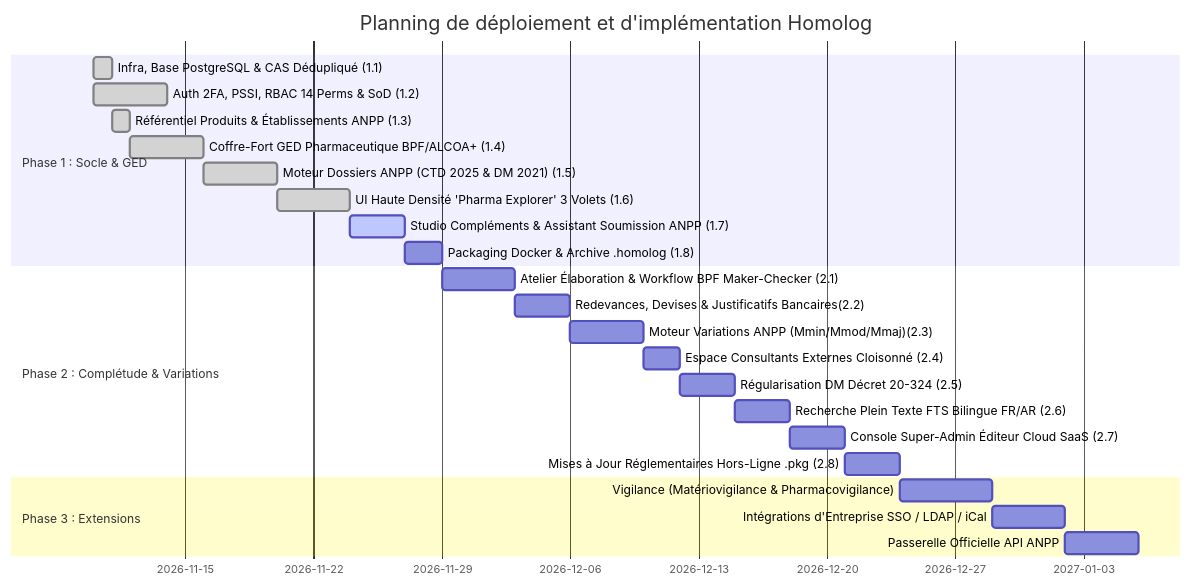
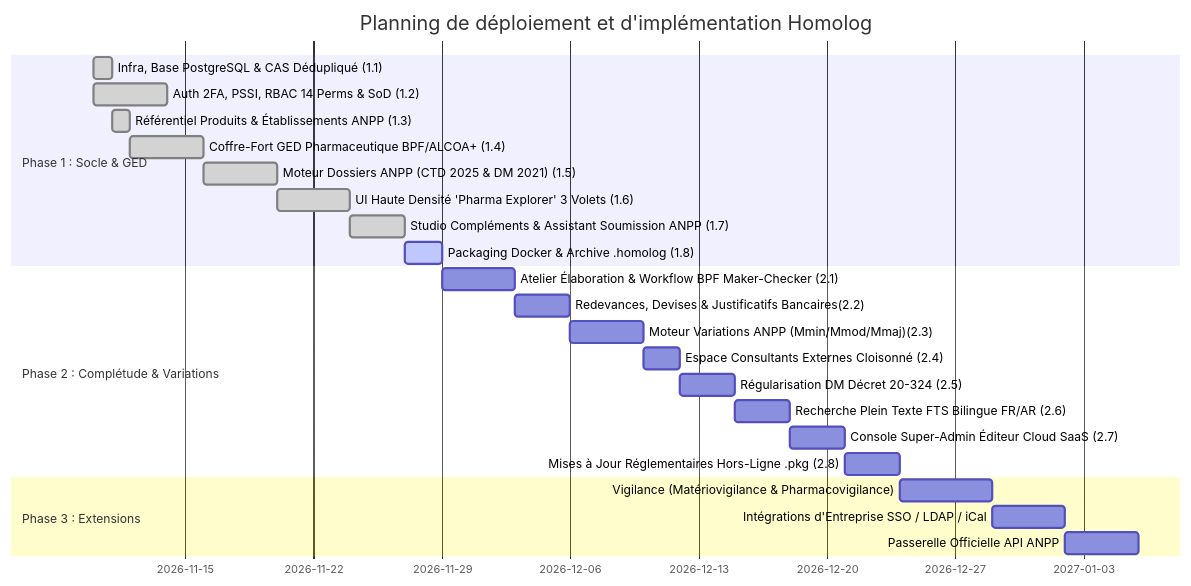
One commit to aassr1965/homolog changed the diagram in docs/roadmap.md. Above: the diagram before and after it, drawn with Mermaid. The commit also changed other lines of this file and 1 other file, not shown here.

Commit message:
docs(roadmap): validation et achèvement officiel du Jalon 1.7 (Studio Compléments, E-Services & Veille)

````diff
--- a/docs/roadmap.md
+++ b/docs/roadmap.md
@@ -18,27 +18,27 @@
 ```mermaid
 gantt
     title Planning de déploiement et d'implémentation Homolog
     dateFormat  YYYY-MM-DD
     section Phase 1 : Socle & GED
     Infra, Base PostgreSQL & CAS Dédupliqué (1.1)    :done, p1_1, 2026-11-10, 1d
     Auth 2FA, PSSI, RBAC 14 Perms & SoD (1.2)        :done, p1_2, 2026-11-10, 4d
     Référentiel Produits & Établissements ANPP (1.3) :done, p1_3, 2026-11-11, 1d
     Coffre-Fort GED Pharmaceutique BPF/ALCOA+ (1.4)  :done, p1_4, after p1_3, 4d
     Moteur Dossiers ANPP (CTD 2025 & DM 2021) (1.5)  :done, p1_5, after p1_4, 4d
     UI Haute Densité 'Pharma Explorer' 3 Volets (1.6):done, p1_6, after p1_5, 4d
-    Studio Compléments & Assistant Soumission ANPP (1.7) :active, p1_7, after p1_6, 3d
-    Packaging Docker & Archive .homolog (1.8)        :p1_8, after p1_7, 2d
+    Studio Compléments & Assistant Soumission ANPP (1.7) :done, p1_7, after p1_6, 3d
+    Packaging Docker & Archive .homolog (1.8)        :active, p1_8, after p1_7, 2d
     section Phase 2 : Complétude & Variations
     Atelier Élaboration & Workflow BPF Maker-Checker (2.1):p2_1, after p1_8, 4d
     Redevances, Devises & Justificatifs Bancaires(2.2):p2_2, after p2_1, 3d
     Moteur Variations ANPP (Mmin/Mmod/Mmaj)(2.3)     :p2_3, after p2_2, 4d
     Espace Consultants Externes Cloisonné (2.4)      :p2_4, after p2_3, 2d
     Régularisation DM Décret 20-324 (2.5)            :p2_5, after p2_4, 3d
     Recherche Plein Texte FTS Bilingue FR/AR (2.6)   :p2_6, after p2_5, 3d
     Console Super-Admin Éditeur Cloud SaaS (2.7)     :p2_7, after p2_6, 3d
     Mises à Jour Réglementaires Hors-Ligne .pkg (2.8):p2_8, after p2_7, 3d
     section Phase 3 : Extensions
     Vigilance (Matériovigilance & Pharmacovigilance) :p3_1, after p2_8, 5d
     Intégrations d'Entreprise SSO / LDAP / iCal      :p3_2, after p3_1, 4d
     Passerelle Officielle API ANPP                   :p3_3, after p3_2, 4d
 ```
````
